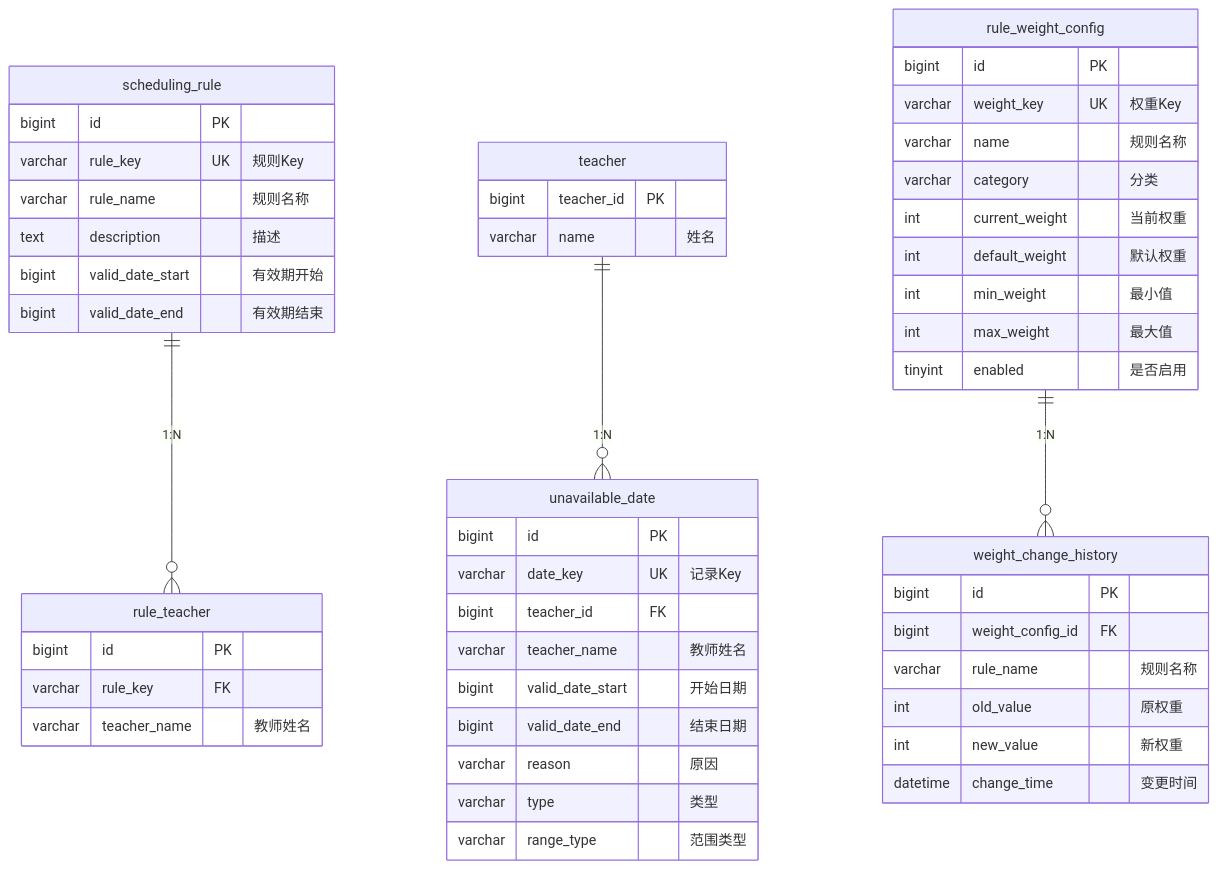
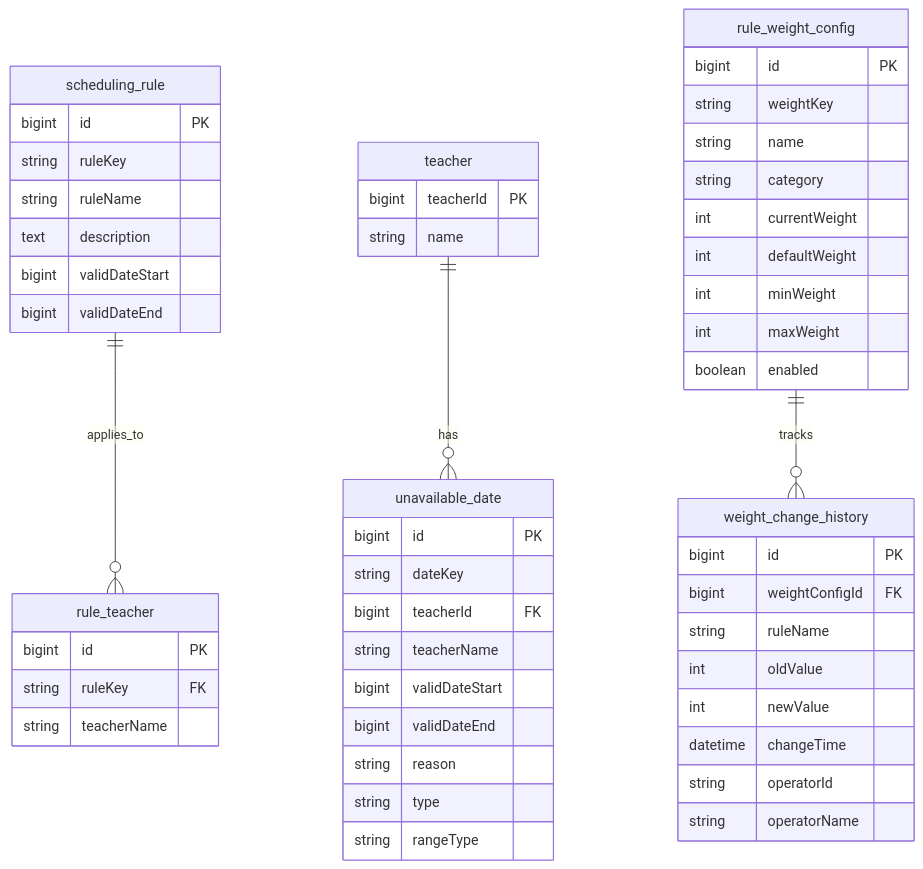
One commit to puyu111/school_demo changed the fifth of 6 diagrams in src/main/resources/db/er-diagram.md. Above: the diagram before and after it, drawn with Mermaid. The commit also changed other lines of this file and 88 other files, not shown here.

````diff
--- a/src/main/resources/db/er-diagram.md
+++ b/src/main/resources/db/er-diagram.md
@@ -485,61 +449,56 @@
 ```mermaid
 erDiagram
+    scheduling_rule ||--o{ rule_teacher : "applies_to"
+    teacher ||--o{ unavailable_date : "has"
+    rule_weight_config ||--o{ weight_change_history : "tracks"
 
     scheduling_rule {
         bigint id PK
-        varchar rule_key UK "规则Key"
-        varchar rule_name "规则名称"
-        text description "描述"
-        bigint valid_date_start "有效期开始"
-        bigint valid_date_end "有效期结束"
+        string ruleKey
+        string ruleName
+        text description
+        bigint validDateStart
+        bigint validDateEnd
     }
-
     rule_teacher {
         bigint id PK
-        varchar rule_key FK
-        varchar teacher_name "教师姓名"
+        string ruleKey FK
+        string teacherName
     }
-
     teacher {
-        bigint teacher_id PK
-        varchar name "姓名"
+        bigint teacherId PK
+        string name
     }
-
     unavailable_date {
         bigint id PK
-        varchar date_key UK "记录Key"
-        bigint teacher_id FK
-        varchar teacher_name "教师姓名"
-        bigint valid_date_start "开始日期"
-        bigint valid_date_end "结束日期"
-        varchar reason "原因"
-        varchar type "类型"
-        varchar range_type "范围类型"
+        string dateKey
+        bigint teacherId FK
+        string teacherName
+        bigint validDateStart
+        bigint validDateEnd
+        string reason
+        string type
+        string rangeType
     }
-
     rule_weight_config {
         bigint id PK
-        varchar weight_key UK "权重Key"
-        varchar name "规则名称"
-        varchar category "分类"
-        int current_weight "当前权重"
-        int default_weight "默认权重"
-        int min_weight "最小值"
-        int max_weight "最大值"
-        tinyint enabled "是否启用"
+        string weightKey
+        string name
+        string category
+        int currentWeight
+        int defaultWeight
+        int minWeight
+        int maxWeight
+        boolean enabled
     }
-
     weight_change_history {
         bigint id PK
-        bigint weight_config_id FK
-        varchar rule_name "规则名称"
-        int old_value "原权重"
-        int new_value "新权重"
-        datetime change_time "变更时间"
+        bigint weightConfigId FK
+        string ruleName
+        int oldValue
+        int newValue
+        datetime changeTime
+        string operatorId
+        string operatorName
     }
-
-    scheduling_rule ||--o{ rule_teacher : "1:N"
-    teacher ||--o{ unavailable_date : "1:N"
-    rule_weight_config ||--o{ weight_change_history : "1:N"
-
 ```
````
